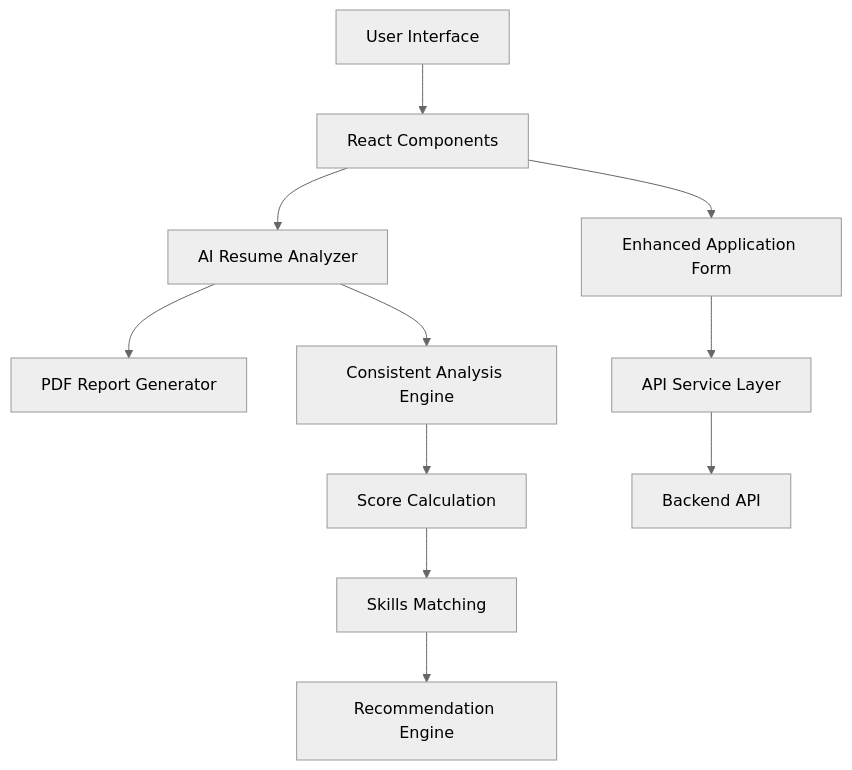
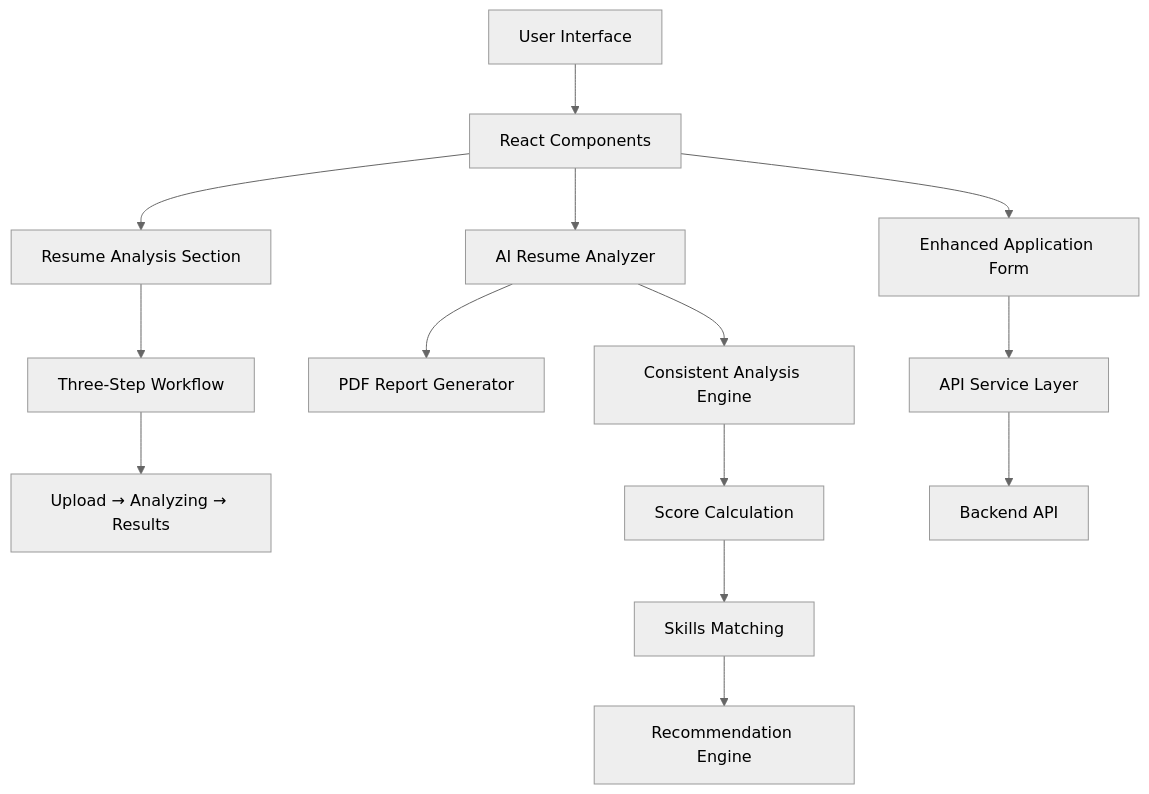
The diagram in README.md (adi-0903/SDLC-v2.0), drawn with Mermaid (neutral theme) before and after one commit. The commit also changed other lines of this file and 8 other files, not shown here.

````diff
--- a/README.md
+++ b/README.md
@@ -84,13 +90,16 @@
 ```mermaid
 graph TB
     A[User Interface] --> B[React Components]
-    B --> C[AI Resume Analyzer]
-    B --> D[Enhanced Application Form]
-    C --> E[PDF Report Generator]
-    D --> F[API Service Layer]
-    F --> G[Backend API]
-    C --> H[Consistent Analysis Engine]
-    H --> I[Score Calculation]
-    I --> J[Skills Matching]
-    J --> K[Recommendation Engine]
+    B --> C[Resume Analysis Section]
+    B --> D[AI Resume Analyzer]
+    B --> E[Enhanced Application Form]
+    C --> F[Three-Step Workflow]
+    F --> G[Upload → Analyzing → Results]
+    D --> H[PDF Report Generator]
+    E --> I[API Service Layer]
+    I --> J[Backend API]
+    D --> K[Consistent Analysis Engine]
+    K --> L[Score Calculation]
+    L --> M[Skills Matching]
+    M --> N[Recommendation Engine]
 ```
````
